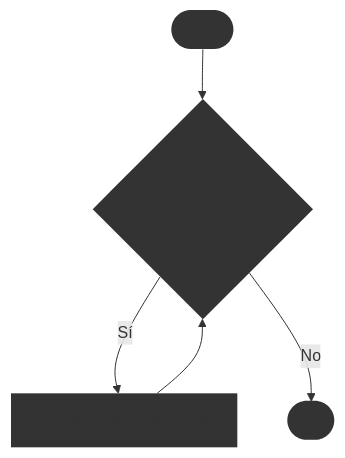
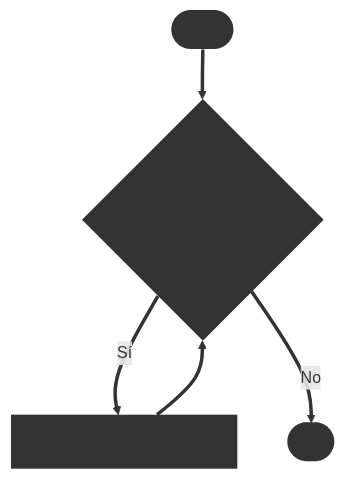
Before and after one commit to IPIDBOSCO/programming-guide: the second of 4 diagrams in docs/flow-chart/statement.md, drawn with Mermaid. The commit also changed other lines of this file and 4 other files, not shown here.

Commit message:
add flowcharts examples

````diff
--- a/docs/flow-chart/statement.md
+++ b/docs/flow-chart/statement.md
@@ -34,20 +40,20 @@
 ```mermaid
 flowchart TD
   A([Inicio])
-  B{¿Condición verdadera?}
+  B{Condición de continuación}
   C[Acción dentro del bucle]
   D([Fin])
 
-  A --> B
-  B -- Sí --> C
-  C --> B
-  B -- No --> D
+  A ==> B
+  B == Sí ==> C
+  C ==> B
+  B == No ==> D
 
   classDef start-end fill: inherit,stroke:inherit,stroke-width:inherit;
   classDef process fill: inherit,stroke:inherit,stroke-width:inherit;
   classDef decision fill:inherit,stroke:inherit,stroke-width:inherit;
 
   class B decision
   class C process
   class A,D start-end
 ```
````
